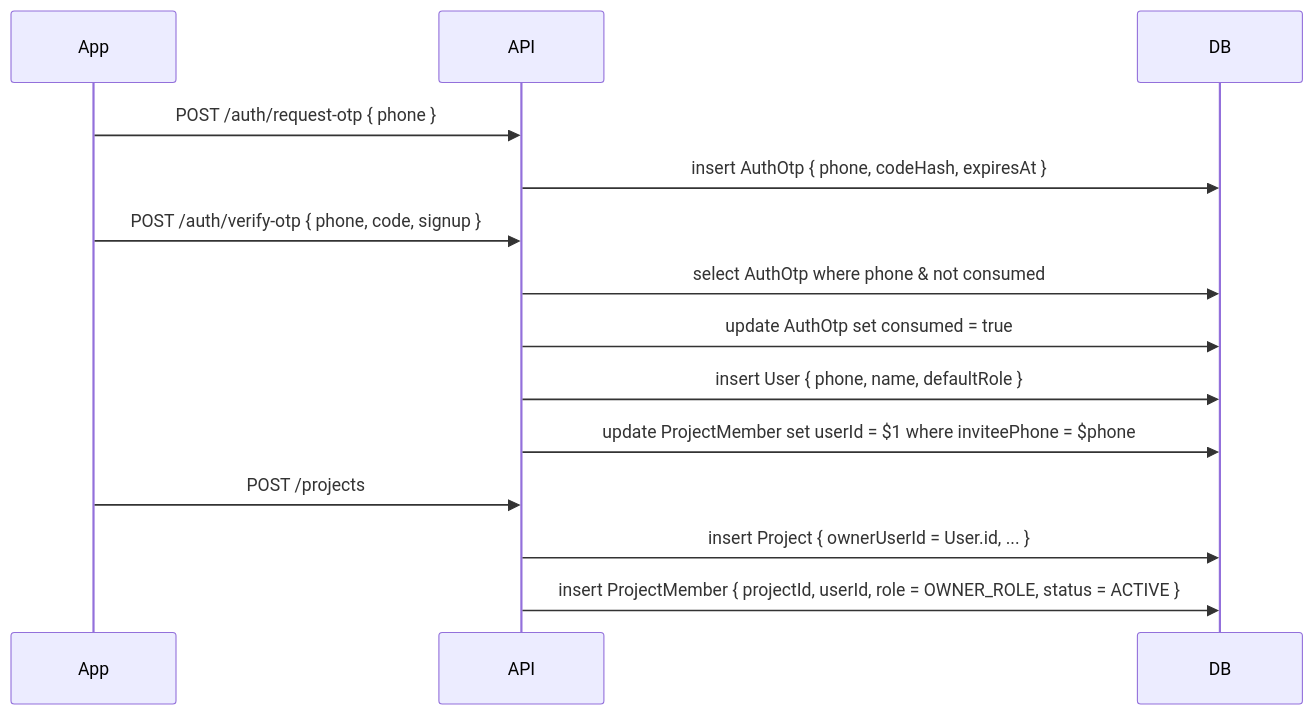
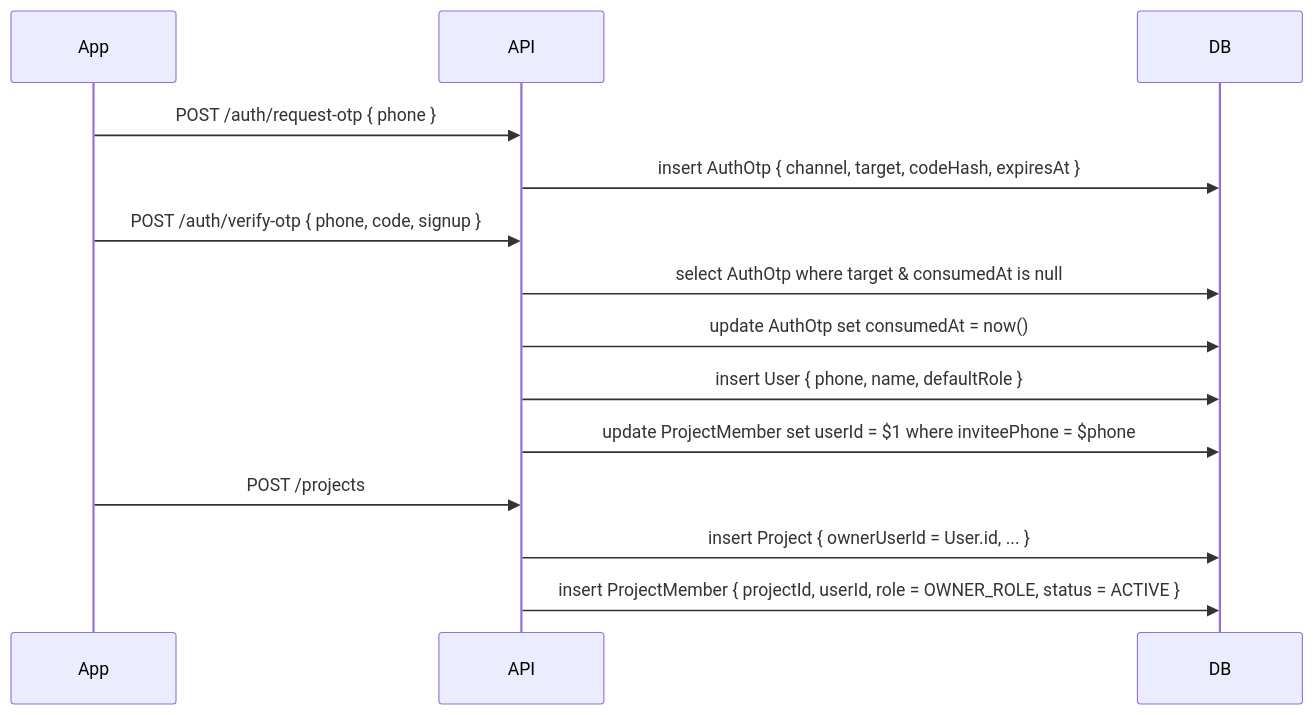
One commit to Circuit-Studios/circuit-hybrid-app changed the second of 4 diagrams in apps/api/docs/DATABASE.md. Above: the diagram before and after it, drawn with Mermaid. The commit also changed other lines of this file and 72 other files, not shown here.

````diff
--- a/apps/api/docs/DATABASE.md
+++ b/apps/api/docs/DATABASE.md
@@ -498,17 +494,17 @@
 ```mermaid
 sequenceDiagram
   participant App
   participant API
   participant DB
 
   App->>API: POST /auth/request-otp { phone }
-  API->>DB: insert AuthOtp { phone, codeHash, expiresAt }
+  API->>DB: insert AuthOtp { channel, target, codeHash, expiresAt }
   App->>API: POST /auth/verify-otp { phone, code, signup }
-  API->>DB: select AuthOtp where phone & not consumed
-  API->>DB: update AuthOtp set consumed = true
+  API->>DB: select AuthOtp where target & consumedAt is null
+  API->>DB: update AuthOtp set consumedAt = now()
   API->>DB: insert User { phone, name, defaultRole }
   API->>DB: update ProjectMember set userId = $1 where inviteePhone = $phone
   App->>API: POST /projects
   API->>DB: insert Project { ownerUserId = User.id, ... }
   API->>DB: insert ProjectMember { projectId, userId, role = OWNER_ROLE, status = ACTIVE }
 ```
````
